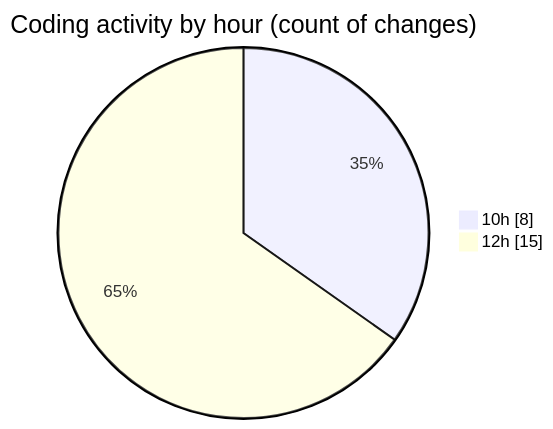
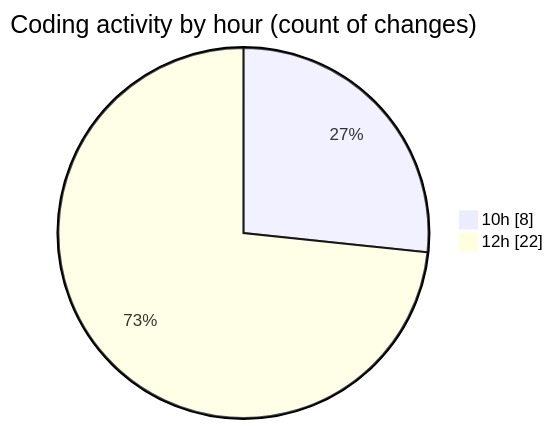
The second of 2 diagrams in 2025-05-02/cda/README.md (momahboobian/code-tracking), drawn with Mermaid before and after one commit. The commit also changed other lines of this file and 1 other file, not shown here.

````diff
--- a/2025-05-02/cda/README.md
+++ b/2025-05-02/cda/README.md
@@ -33,6 +35,6 @@
 ```mermaid
 pie showData
 title Coding activity by hour (count of changes)
 "10h" : 8
-"12h" : 15
+"12h" : 22
 ```
````
